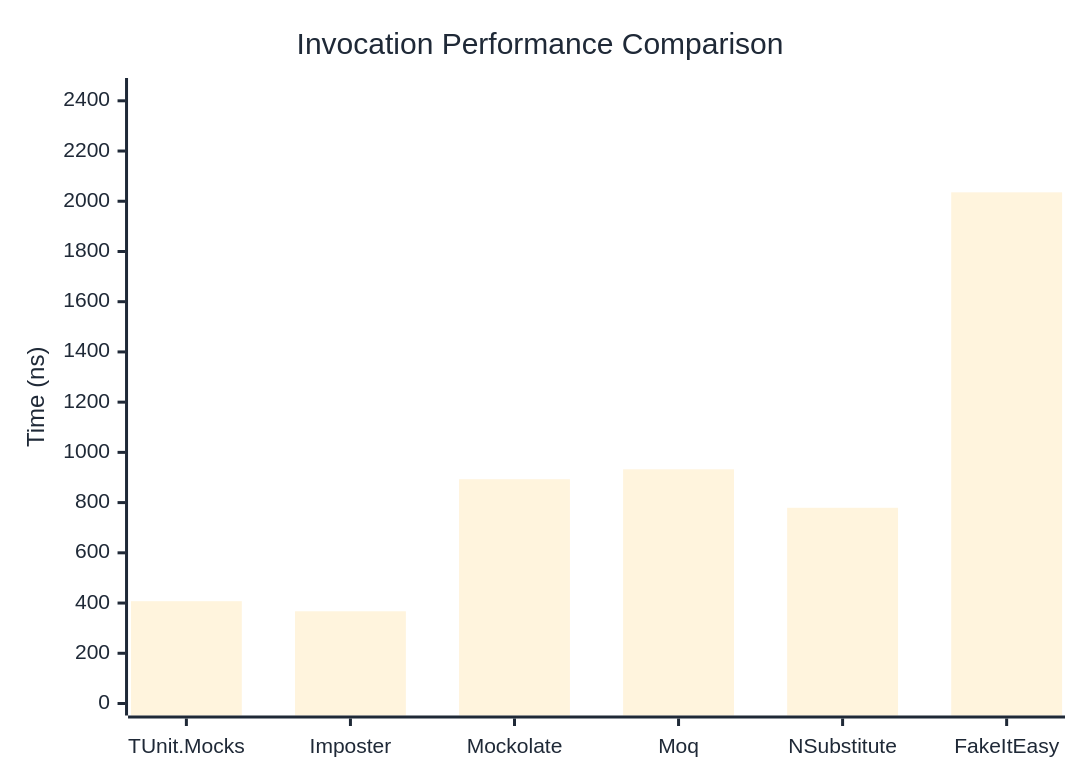
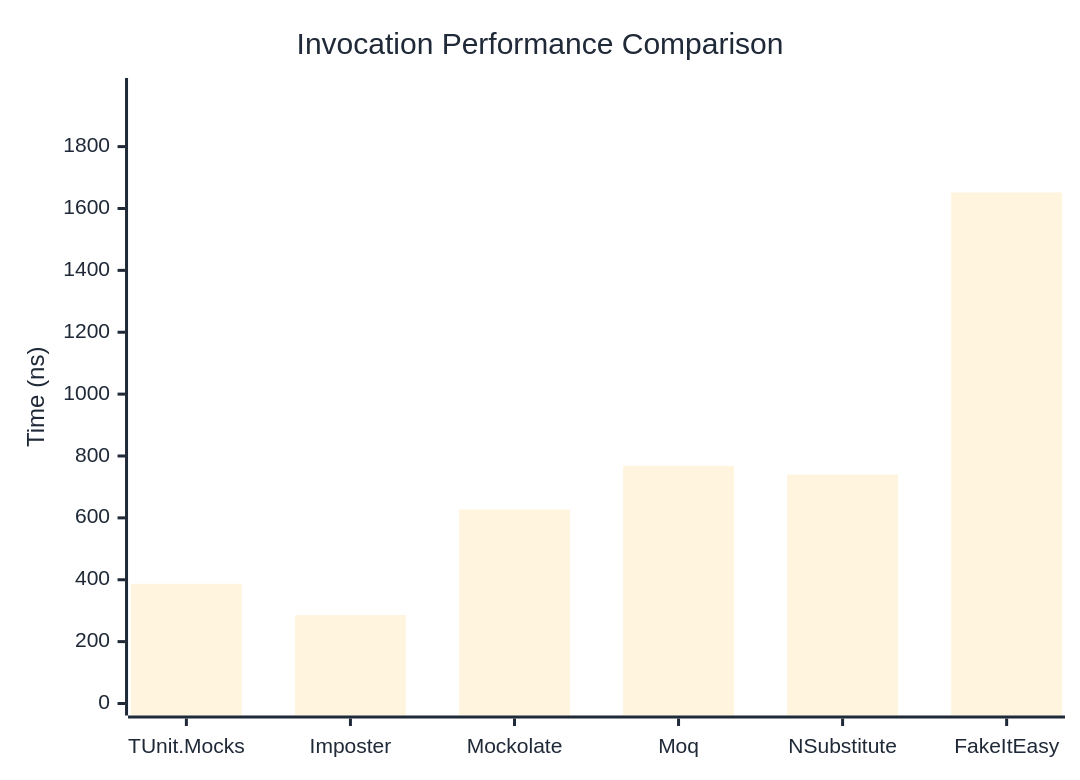
The first of 3 diagrams in docs/docs/benchmarks/mocks/Invocation.md (thomhurst/TUnit), drawn with Mermaid before and after one commit. The commit also changed other lines of this file and 14 other files, not shown here.

````diff
--- a/docs/docs/benchmarks/mocks/Invocation.md
+++ b/docs/docs/benchmarks/mocks/Invocation.md
@@ -28,27 +28,27 @@
 ```mermaid
 %%{init: {
   'theme':'base',
   'themeVariables': {
     'primaryColor': '#2563eb',
     'primaryTextColor': '#1f2937',
     'primaryBorderColor': '#1e40af',
     'lineColor': '#6b7280',
     'secondaryColor': '#7c3aed',
     'tertiaryColor': '#dc2626',
     'background': '#ffffff',
     'pie1': '#2563eb',
     'pie2': '#7c3aed',
     'pie3': '#dc2626',
     'pie4': '#f59e0b',
     'pie5': '#10b981',
     'pie6': '#06b6d4',
     'pie7': '#ec4899',
     'pie8': '#6366f1'
   }
 }}%%
 xychart-beta
   title "Invocation Performance Comparison"
   x-axis ["TUnit.Mocks", "Imposter", "Mockolate", "Moq", "NSubstitute", "FakeItEasy"]
-  y-axis "Time (ns)" 0 --> 2443
-  bar [407.4, 367.2, 893.1, 932.6, 779.3, 2035.5]
+  y-axis "Time (ns)" 0 --> 1983
+  bar [386.9, 285.8, 626.9, 768.1, 740.2, 1651.9]
 ```
````
